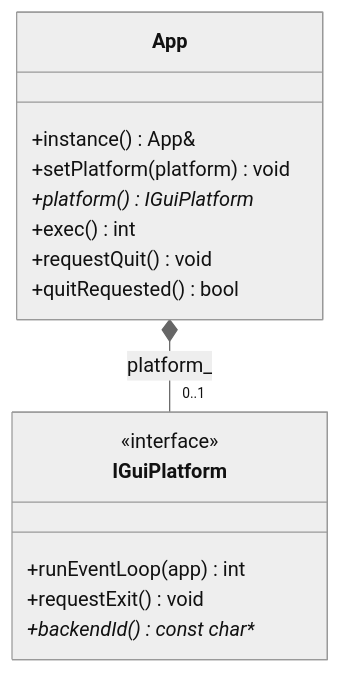
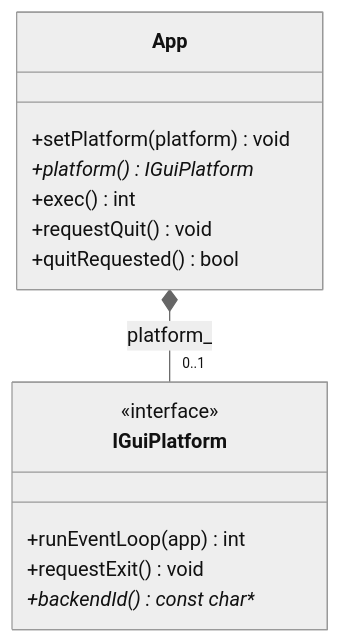
The first of 4 diagrams in ai-software-engineering/02-physical/gis-desktop-win32/uml-class-ui.md (shelltdf/AGIS), drawn with Mermaid (neutral theme) before and after one commit. The commit also changed other lines of this file and 14 other files, not shown here.

````diff
--- a/ai-software-engineering/02-physical/gis-desktop-win32/uml-class-ui.md
+++ b/ai-software-engineering/02-physical/gis-desktop-win32/uml-class-ui.md
@@ -11,22 +11,21 @@
 ```mermaid
 classDiagram
   direction TB
 
   class IGuiPlatform {
     <<interface>>
     +runEventLoop(app) int
     +requestExit() void
     +backendId()* const char*
   }
 
   class App {
-    +instance() App&
     +setPlatform(platform) void
     +platform() IGuiPlatform*
     +exec() int
     +requestQuit() void
     +quitRequested() bool
   }
 
   App *-- "0..1" IGuiPlatform : platform_
 ```
````
